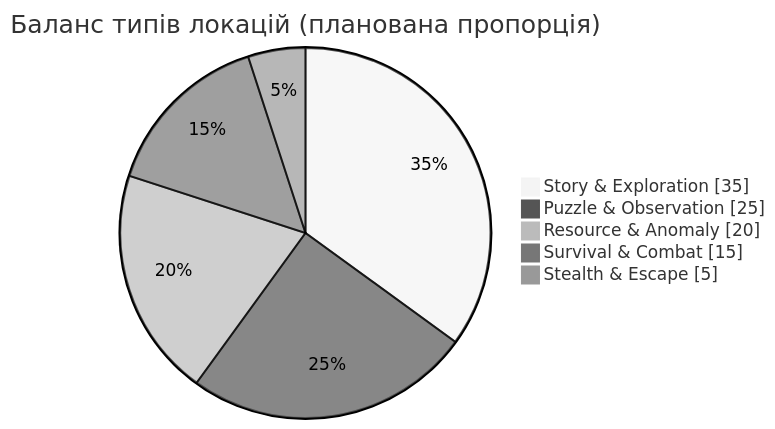
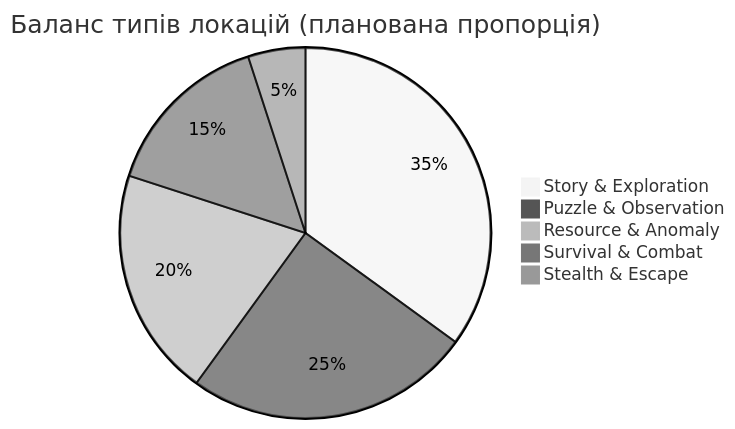
One commit to nick-fedchik/CallOfRelics changed the sixth of 9 diagrams in Docs/GameDesign/PLANET_LOCATIONS.md. Above: the diagram before and after it, drawn with Mermaid (neutral theme). The commit also changed other lines of this file, not shown here.

First line of the commit message:
Fix PLANET_LOCATIONS.md Mermaid diagrams rendering

````diff
--- a/Docs/GameDesign/PLANET_LOCATIONS.md
+++ b/Docs/GameDesign/PLANET_LOCATIONS.md
@@ -310,9 +309,8 @@
 ```mermaid
-pie showData
-    title Баланс типів локацій (планована пропорція)
+pie title Баланс типів локацій (планована пропорція)
     "Story & Exploration" : 35
     "Puzzle & Observation" : 25
     "Resource & Anomaly" : 20
     "Survival & Combat" : 15
     "Stealth & Escape" : 5
 ```
````
